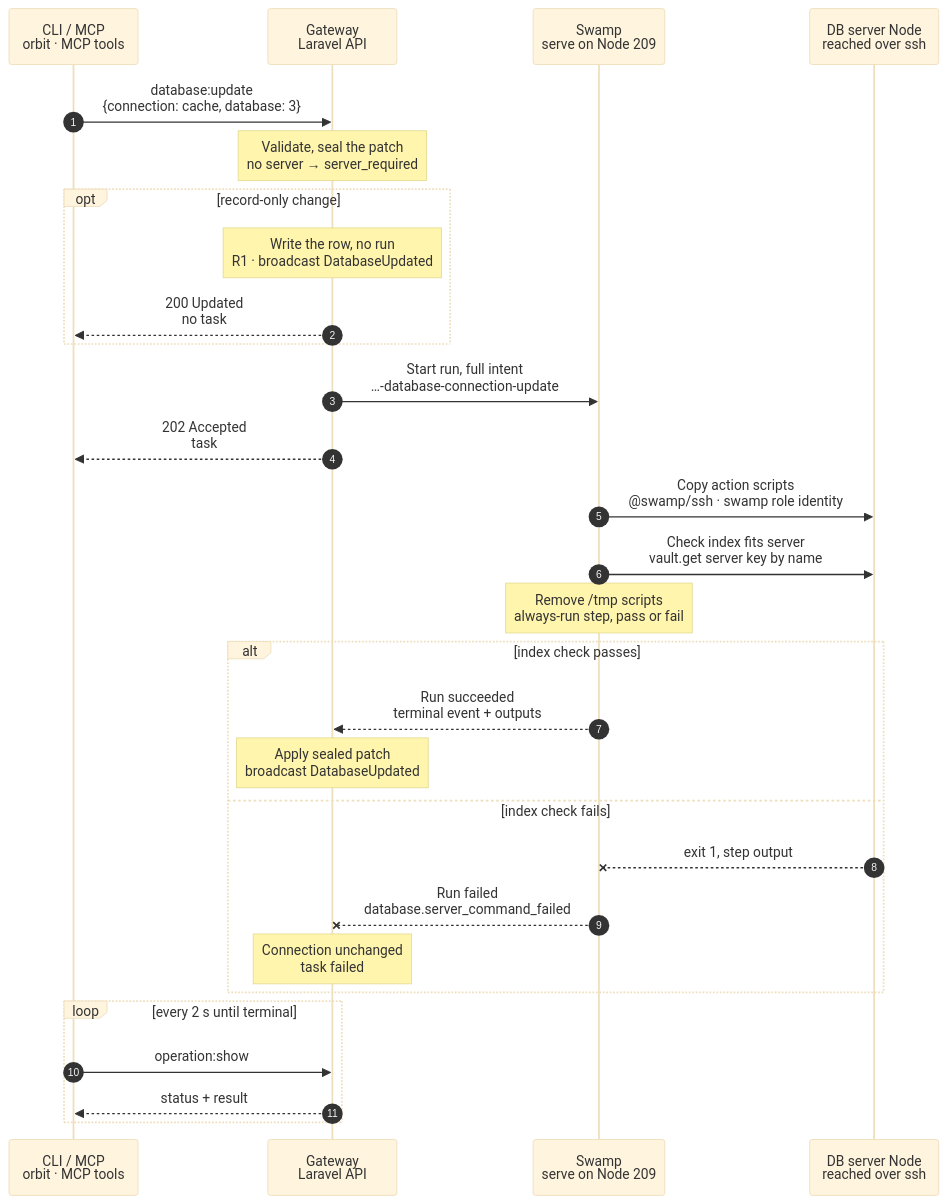
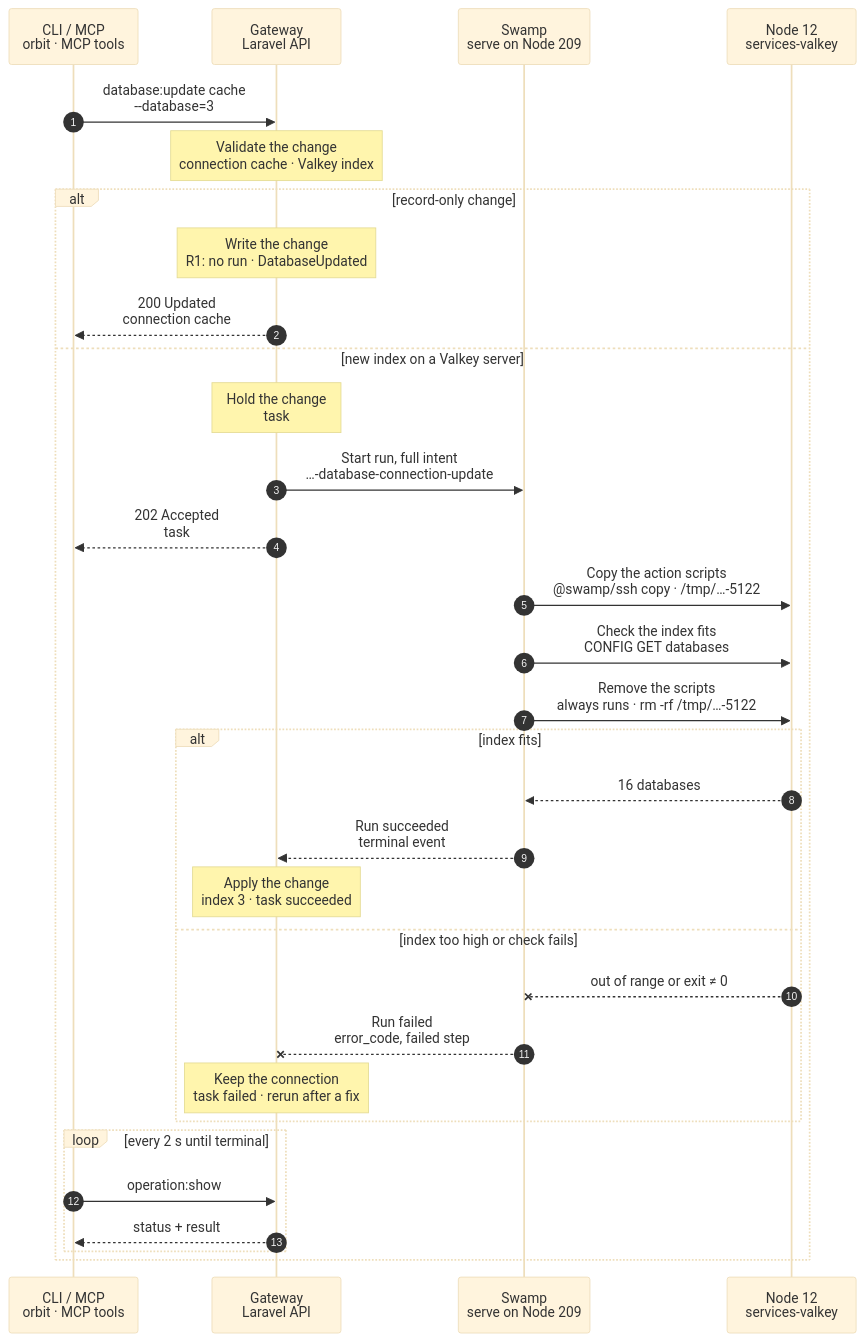
One commit to hardimpactdev/orbit changed the diagram in docs/flows/database.update.mmd. Above: the diagram before and after it, drawn with Mermaid (base theme). The commit also changed 8 other files, not shown here.

First line of the commit message:
docs(flows): wave 4 database charts (#2437)

```diff
--- a/docs/flows/database.update.mmd
+++ b/docs/flows/database.update.mmd
@@ -1,35 +1,116 @@
 sequenceDiagram
-  %% Target design: ADR 0244 task + single-swamp-node; DECISIONS R1 (record-only: no run), R3 (server key by name), refuse with no server, always-run cleanup.
+  %% Target design: ADR 0244 task, DECISIONS R1 (record-only update starts no run), R2-R4, 5 (swamp role SSH identity), round 2 bugs (refuse with no server, server admin password by its own vault key, cleanup on pass or fail).
   %% status: draft
+  %% command: database:update
   autonumber
   %% lane CLI icon=terminal pill=caller tone=gray
   %% lane GW icon=gateway pill=intent tone=blue
   %% lane SW icon=workflow pill=executes tone=green
   %% lane N icon=server pill=target tone=amber
   participant CLI as CLI / MCP<br/>orbit · MCP tools
   participant GW as Gateway<br/>Laravel API
   participant SW as Swamp<br/>serve on Node 209
-  participant N as DB server Node<br/>reached over ssh
-  CLI->>GW: database:update<br/>{connection: cache, database: 3}
-  Note over GW: Validate, seal the patch<br/>no server → server_required
-  opt record-only change
-    Note over GW: Write the row, no run<br/>R1 · broadcast DatabaseUpdated
-    GW-->>CLI: 200 Updated<br/>no task
+  participant N as Node 12<br/>services-valkey
+  CLI->>GW: database:update cache<br/>--database=3
+  %%> Command:
+  %%> - `orbit database:update cache --database=3`
+  %%> - syntax: `<slug> [--driver=DRIVER] [--node=NODE] [--host=HOST] [--port=PORT] [--database=NAME] [--path=PATH] [--username=USER] [--password=SECRET] [--idempotency-key=KEY]`
+  %%> Input:
+  %%> - the connection slug, and at least one field to replace
+  %%> - `--node=` with an empty value clears the Node association
+  %%> Not included:
+  %%> - the keys already stored on attached Instances; run `instance:database:add` again, then `env:sync`
+  Note over GW: Validate the change<br/>connection cache · Valkey index
+  %%> Requirements:
+  %%> - the fields fit the driver (`validation.failed`)
+  %%> - a managed connection keeps its identity and credentials (`database.server_connection_managed`); on a Valkey server only the index may change
+  %%> - an attached Instance stays on the same Node as the connection
+  %%> Decides:
+  %%> - a change that needs a live check runs on its Database server's Node only: today, a new index on a managed Valkey server
+  %%> - every other change is record-only
+  %%> Refuses:
+  %%> - a change that needs a live check on a connection without a Database server (`database.server_required`)
+  %%> - a run never targets the Gateway Node
+  alt record-only change
+    Note over GW: Write the change<br/>R1: no run · DatabaseUpdated
+    %%> When:
+    %%> - any change that needs no live check, for example a new password on a registered external database
+    %%> Result:
+    %%> - connection `cache` is updated, its password encrypted
+    %%> - no task and no Swamp run start (R1); nothing changes on any Node
+    GW-->>CLI: 200 Updated<br/>connection cache
+    %%> What you get:
+    %%> - the updated record at once; there is nothing to follow
+  else new index on a Valkey server
+    Note over GW: Hold the change<br/>task #5122 · lock services-valkey
+    %%> Result:
+    %%> - the change is recorded in task #5122; connection `cache` keeps its current values
+    %%> - no other change runs on `services-valkey`; the Gateway holds one lock per Database server
+    GW->>SW: Start run, full intent<br/>…-database-connection-update
+    %%> What it does:
+    %%> - starts one Swamp run of `operation-database-connection-update` on serve (Node 209)
+    %%> Inputs:
+    %%> - the requested index 3, and the server's WireGuard address and port
+    %%> - the vault key name `database-server-5-admin`; the admin password itself never enters the intent
+    %%> - Node 12's address and SSH host keys; the SSH identity comes from the `swamp` role
+    GW-->>CLI: 202 Accepted<br/>task #5122
+    %%> What you get:
+    %%> - the task number, at once
+    %%> Next:
+    %%> - the CLI follows the task with `operation:show`
+    SW->>N: Copy the action scripts<br/>@swamp/ssh copy · /tmp/…-5122
+    %%> How:
+    %%> - Swamp reaches Node 12 over SSH from 209 with the official `@swamp/ssh` behavior
+    %%> - the SSH identity is the one the `swamp` role owns, at its one role-defined place
+    %%> What it does:
+    %%> - copies the shipped script into `/tmp/orbit-database-update-5122`
+    SW->>N: Check the index fits<br/>CONFIG GET databases
+    %%> What it does:
+    %%> - reads the live server's database count and checks that index 3 is below it
+    %%> How:
+    %%> - the step reads the admin password with `vault.get` and passes it on standard input
+    %%> Not included:
+    %%> - no write on the server; the index is a client setting
+    SW->>N: Remove the scripts<br/>always runs · rm -rf /tmp/…-5122
+    %%> When:
+    %%> - always, after the check, whether it passed or failed
+    %%> What it does:
+    %%> - removes `/tmp/orbit-database-update-5122`, so no scripts stay on Node 12
+    %%> If it fails:
+    %%> - the task result does not change; the directory holds no secrets
+    alt index fits
+      N-->>SW: 16 databases
+      %%> Returns:
+      %%> - the server's database count; index 3 fits
+      SW-->>GW: Run succeeded<br/>terminal event
+      %%> How the Gateway learns it:
+      %%> - its shared run reader sees the terminal event; Swamp never calls the Gateway
+      Note over GW: Apply the change<br/>index 3 · task succeeded
+      %%> Result:
+      %%> - connection `cache` records index 3
+      %%> - task #5122 succeeds
+    else index too high or check fails
+      N--xSW: out of range or exit ≠ 0
+      %%> When:
+      %%> - index 3 is not below the server's count, or SSH or the Valkey login fails
+      SW--xGW: Run failed<br/>error_code, failed step
+      %%> The Gateway reads:
+      %%> - which step failed and its error code, for example `validation.failed`
+      Note over GW: Keep the connection<br/>task failed · rerun after a fix
+      %%> Result:
+      %%> - connection `cache` keeps its old index
+      %%> - task #5122 fails, with the change it held
+      %%> On the Node:
+      %%> - nothing changed; the check only reads
+      %%> Retry:
+      %%> - run the command again with a valid index; it is a new task
+    end
+    loop every 2 s until terminal
+      CLI->>GW: operation:show #5122
+      %%> What it does:
+      %%> - asks for the task's status every 2 seconds until it has ended
+      GW-->>CLI: status + result
+      %%> Returns:
+      %%> - the current status, and the result once the task has ended
+    end
   end
-  GW->>SW: Start run, full intent<br/>…-database-connection-update
-  GW-->>CLI: 202 Accepted<br/>task #5122
-  SW->>N: Copy action scripts<br/>@swamp/ssh · swamp role identity
-  SW->>N: Check index fits server<br/>vault.get server key by name
-  Note over SW: Remove /tmp scripts<br/>always-run step, pass or fail
-  alt index check passes
-    SW-->>GW: Run succeeded<br/>terminal event + outputs
-    Note over GW: Apply sealed patch<br/>broadcast DatabaseUpdated
-  else index check fails
-    N--xSW: exit 1, step output
-    SW--xGW: Run failed<br/>database.server_command_failed
-    Note over GW: Connection unchanged<br/>task failed
-  end
-  loop every 2 s until terminal
-    CLI->>GW: operation:show #5122
-    GW-->>CLI: status + result
-  end
```
